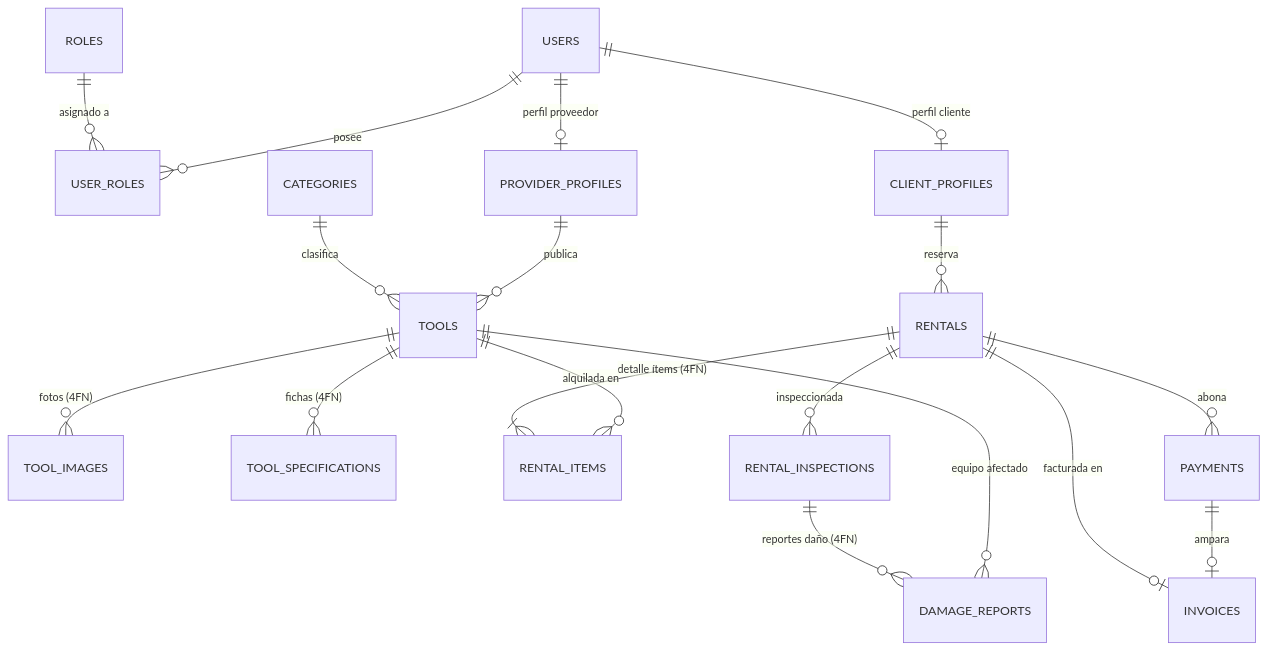
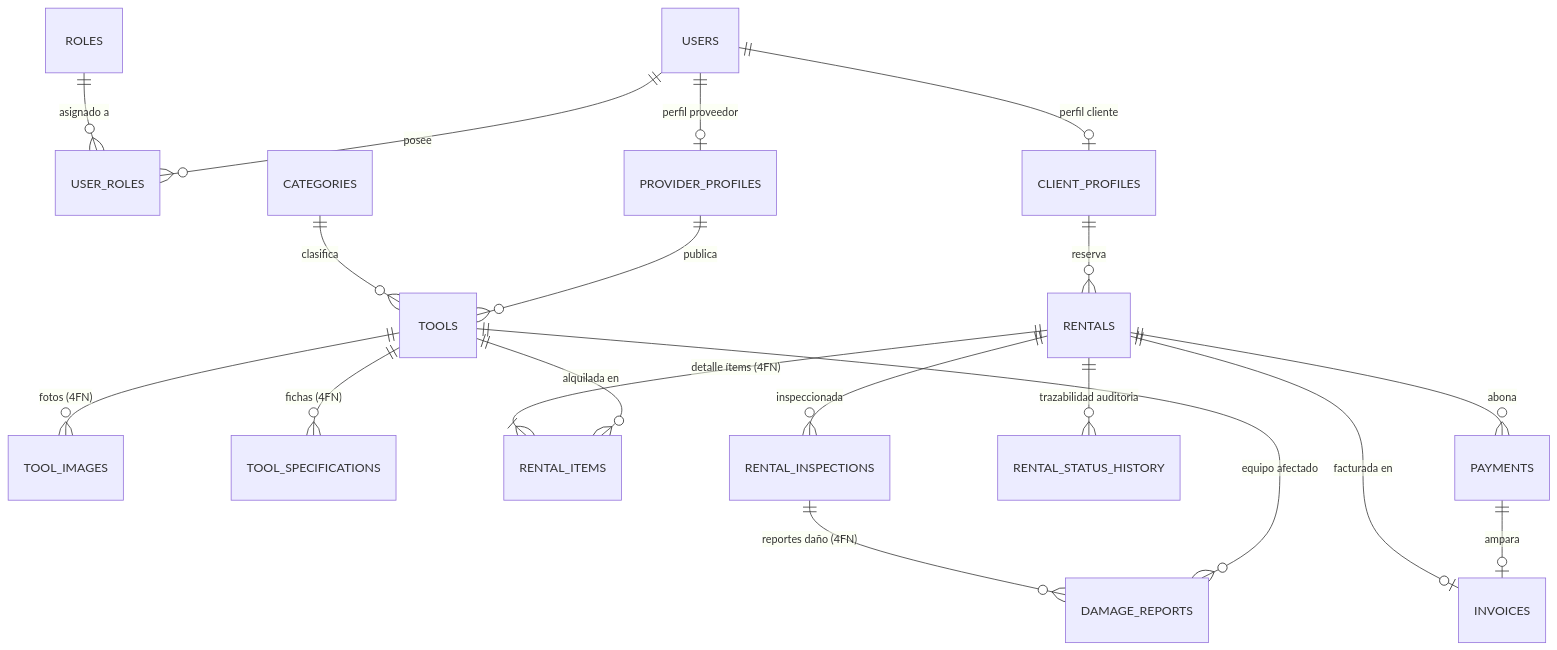
One commit to andresguerra321/proyecto-springboot changed the diagram in README.md. Above: the diagram before and after it, drawn with Mermaid. The commit also changed other lines of this file and 1 other file, not shown here.

````diff
--- a/README.md
+++ b/README.md
@@ -25,24 +251,25 @@
 ```mermaid
 erDiagram
     ROLES ||--o{ USER_ROLES : "asignado a"
     USERS ||--o{ USER_ROLES : "posee"
     USERS ||--o| PROVIDER_PROFILES : "perfil proveedor"
     USERS ||--o| CLIENT_PROFILES : "perfil cliente"
     
     CATEGORIES ||--o{ TOOLS : "clasifica"
     PROVIDER_PROFILES ||--o{ TOOLS : "publica"
     TOOLS ||--o{ TOOL_IMAGES : "fotos (4FN)"
     TOOLS ||--o{ TOOL_SPECIFICATIONS : "fichas (4FN)"
 
     CLIENT_PROFILES ||--o{ RENTALS : "reserva"
     RENTALS ||--|{ RENTAL_ITEMS : "detalle ítems (4FN)"
     TOOLS ||--o{ RENTAL_ITEMS : "alquilada en"
 
     RENTALS ||--o{ PAYMENTS : "abona"
     RENTALS ||--o| INVOICES : "facturada en"
     PAYMENTS ||--o| INVOICES : "ampara"
 
+    RENTALS ||--o{ RENTAL_STATUS_HISTORY : "trazabilidad auditoria"
     RENTALS ||--o{ RENTAL_INSPECTIONS : "inspeccionada"
     RENTAL_INSPECTIONS ||--o{ DAMAGE_REPORTS : "reportes daño (4FN)"
     TOOLS ||--o{ DAMAGE_REPORTS : "equipo afectado"
 ```
````
